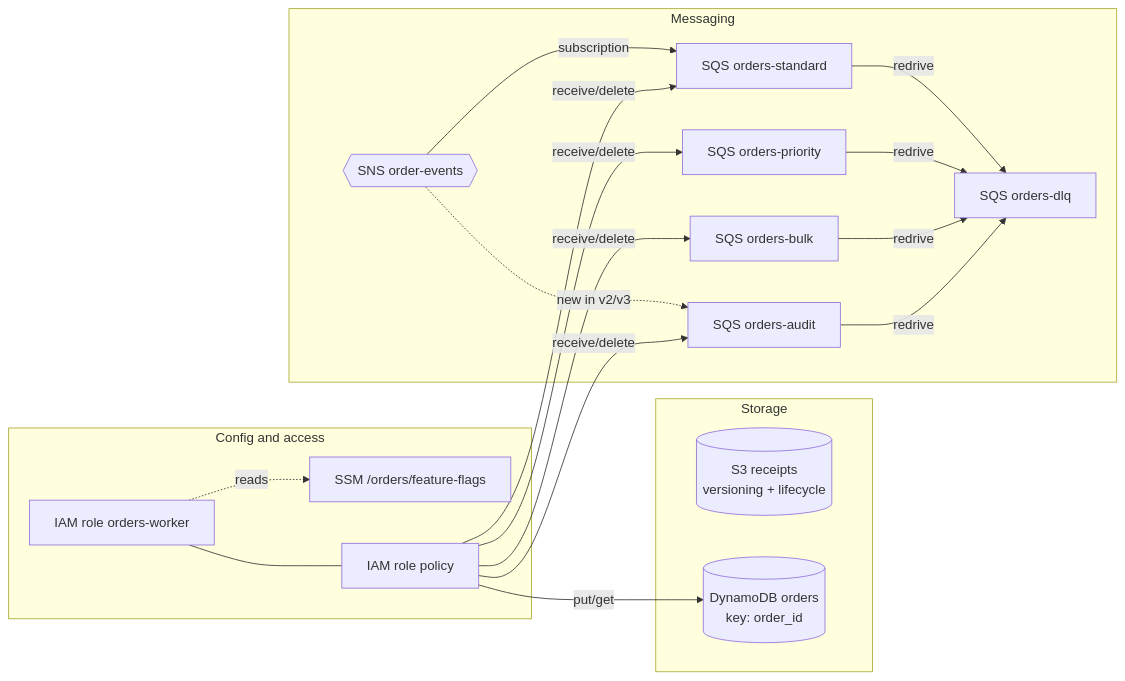
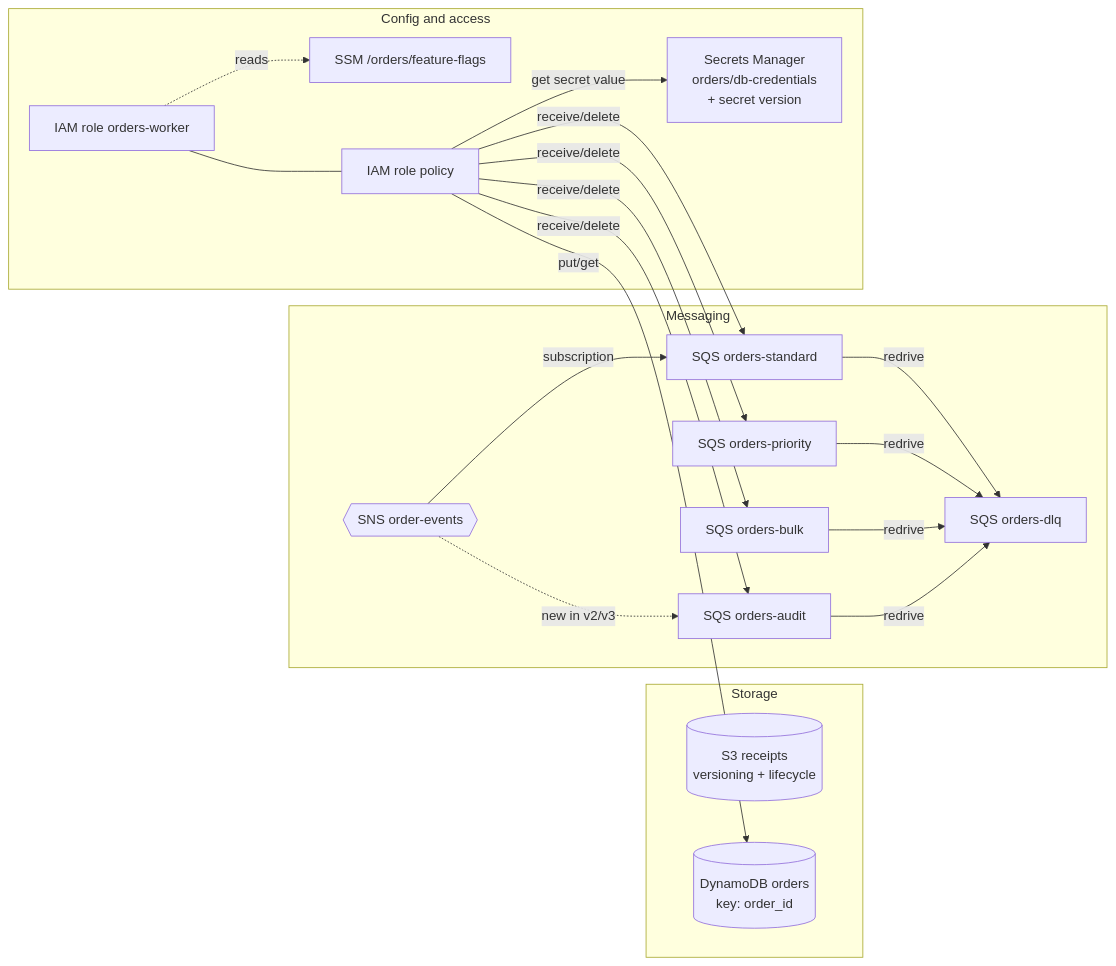
Before and after one commit to aalaydrus/tfplanlens: the diagram in simulation/assets/ARCHITECTURE.md, drawn with Mermaid. The commit also changed other lines of this file and 24 other files, not shown here.

First line of the commit message:
simulation: add a Secrets Manager secret with a rotated version; add field-notes

````diff
--- a/simulation/assets/ARCHITECTURE.md
+++ b/simulation/assets/ARCHITECTURE.md
@@ -7,33 +7,35 @@
 ```mermaid
 flowchart LR
   subgraph storage[Storage]
     S3[("S3 receipts<br/>versioning + lifecycle")]
     DDB[("DynamoDB orders<br/>key: order_id")]
   end
 
   subgraph messaging[Messaging]
     SNS{{"SNS order-events"}}
     QS["SQS orders-standard"]
     QP["SQS orders-priority"]
     QB["SQS orders-bulk"]
     QA["SQS orders-audit"]
     DLQ["SQS orders-dlq"]
   end
 
   subgraph access[Config and access]
     SSM["SSM /orders/feature-flags"]
+    SECRET["Secrets Manager<br/>orders/db-credentials<br/>+ secret version"]
     ROLE["IAM role orders-worker"]
     POL["IAM role policy"]
   end
 
   SNS -->|subscription| QS
   SNS -.->|new in v2/v3| QA
   QS -->|redrive| DLQ
   QP -->|redrive| DLQ
   QB -->|redrive| DLQ
   QA -->|redrive| DLQ
   ROLE --- POL
   POL -->|receive/delete| QS & QP & QB & QA
   POL -->|put/get| DDB
+  POL -->|get secret value| SECRET
   ROLE -.->|reads| SSM
 ```
````
